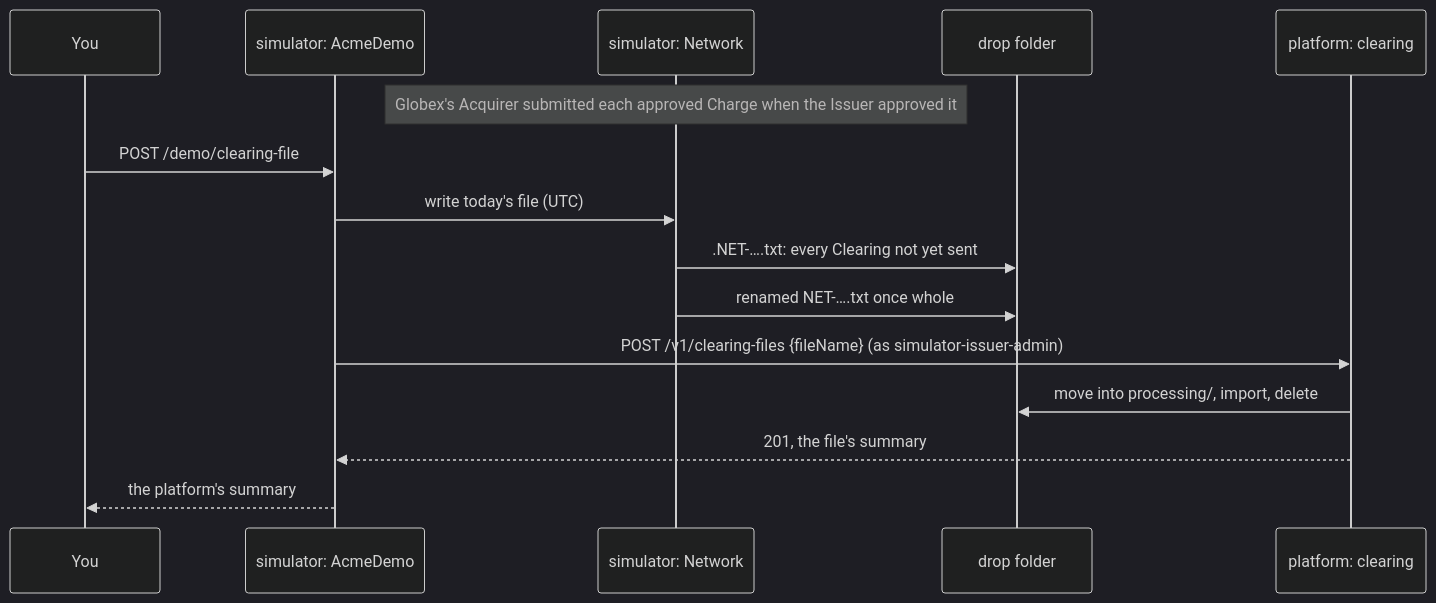
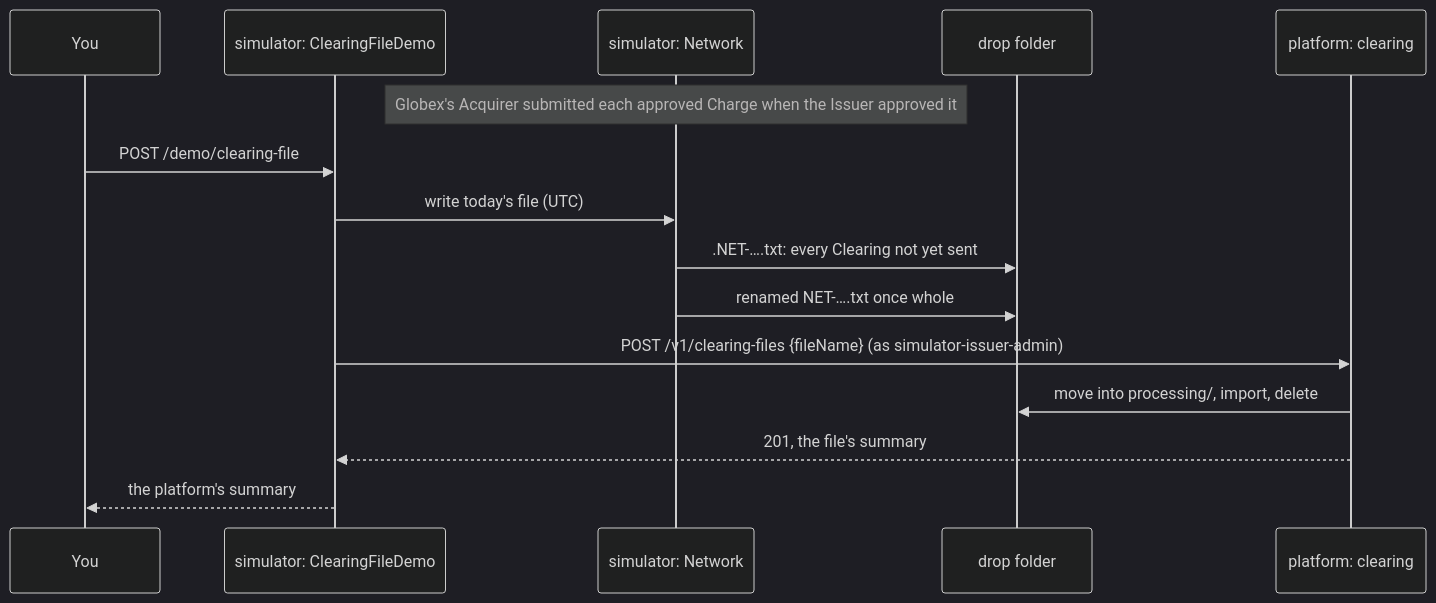
Before and after one commit to rgonzal92/b2b-payments-platform: the tenth of 10 diagrams in docs/architecture.md, drawn with Mermaid (dark theme). The commit also changed other lines of this file and 8 other files, not shown here.

First line of the commit message:
fix(simulator): apply review findings for the Network's Clearing File

````diff
--- a/docs/architecture.md
+++ b/docs/architecture.md
@@ -375,18 +377,18 @@
 ```mermaid
 sequenceDiagram
   participant You
-  participant DEMO as simulator: AcmeDemo
+  participant DEMO as simulator: ClearingFileDemo
   participant NET as simulator: Network
   participant DROP as drop folder
   participant PLT as platform: clearing
 
   Note over NET: Globex's Acquirer submitted each approved Charge when the Issuer approved it
   You->>DEMO: POST /demo/clearing-file
   DEMO->>NET: write today's file (UTC)
   NET->>DROP: .NET-….txt: every Clearing not yet sent
   NET->>DROP: renamed NET-….txt once whole
   DEMO->>PLT: POST /v1/clearing-files {fileName} (as simulator-issuer-admin)
   PLT->>DROP: move into processing/, import, delete
   PLT-->>DEMO: 201, the file's summary
   DEMO-->>You: the platform's summary
 ```
````
